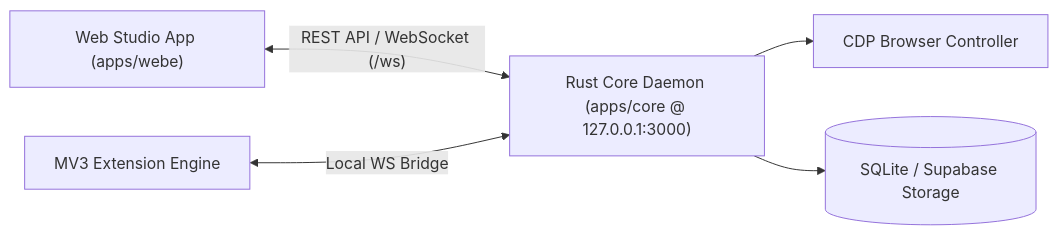
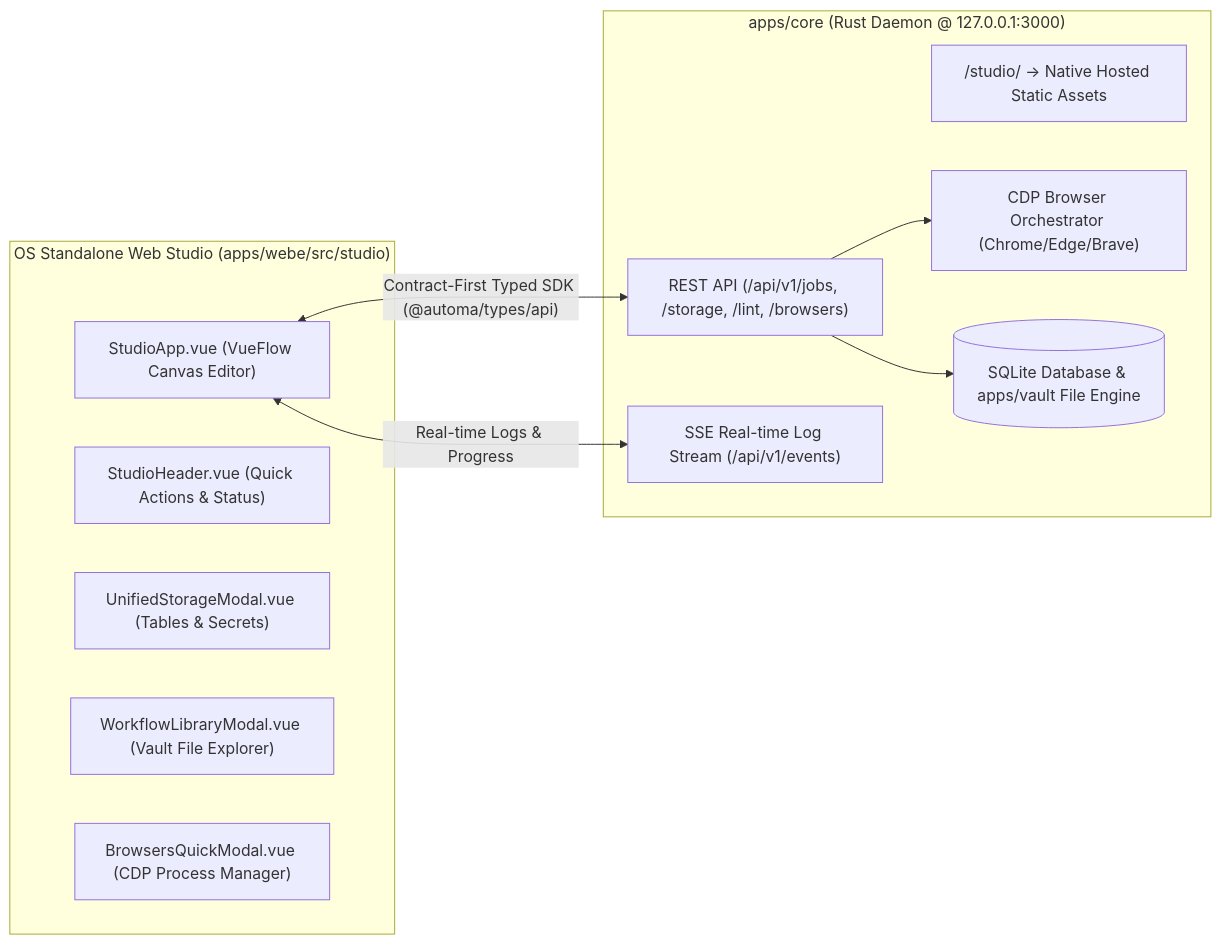
One commit to tuquet/automa changed the diagram in docs/WEB_STUDIO_USER_GUIDE.md. Above: the diagram before and after it, drawn with Mermaid. The commit also changed other lines of this file, not shown here.

Commit message:
docs: align Web Studio user guide strictly with OS Standalone Studio in apps/webe/src/studio

````diff
--- a/docs/WEB_STUDIO_USER_GUIDE.md
+++ b/docs/WEB_STUDIO_USER_GUIDE.md
@@ -19,7 +13,23 @@
 ```mermaid
 flowchart LR
-    STUDIO["Web Studio App (apps/webe)"] <-->|"REST API / WebSocket (/ws)"| DAEMON["Rust Core Daemon (apps/core @ 127.0.0.1:3000)"]
-    EXT["MV3 Extension Engine"] <-->|"Local WS Bridge"| DAEMON
-    DAEMON --> CDP["CDP Browser Controller"]
-    DAEMON --> DB[("SQLite / Supabase Storage")]
+    subgraph CoreEngine["apps/core (Rust Daemon @ 127.0.0.1:3000)"]
+        ServeStatic["/studio/ -> Native Hosted Static Assets"]
+        RestAPI["REST API (/api/v1/jobs, /storage, /lint, /browsers)"]
+        SSEStream["SSE Real-time Log Stream (/api/v1/events)"]
+        CDPController["CDP Browser Orchestrator (Chrome/Edge/Brave)"]
+        SQLiteDB[("SQLite Database & apps/vault File Engine")]
+    end
+
+    subgraph OSStudio["OS Standalone Web Studio (apps/webe/src/studio)"]
+        CanvasUI["StudioApp.vue (VueFlow Canvas Editor)"]
+        HeaderNav["StudioHeader.vue (Quick Actions & Status)"]
+        StorageModal["UnifiedStorageModal.vue (Tables & Secrets)"]
+        LibraryModal["WorkflowLibraryModal.vue (Vault File Explorer)"]
+        BrowserModal["BrowsersQuickModal.vue (CDP Process Manager)"]
+    end
+
+    CanvasUI <-->|"Contract-First Typed SDK (@automa/types/api)"| RestAPI
+    CanvasUI <-->|"Real-time Logs & Progress"| SSEStream
+    RestAPI --> CDPController
+    RestAPI --> SQLiteDB
 ```
````
